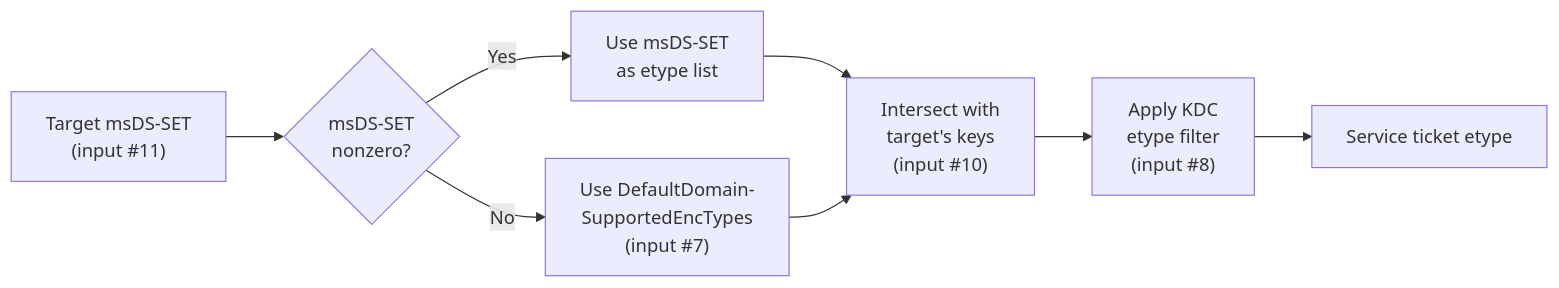
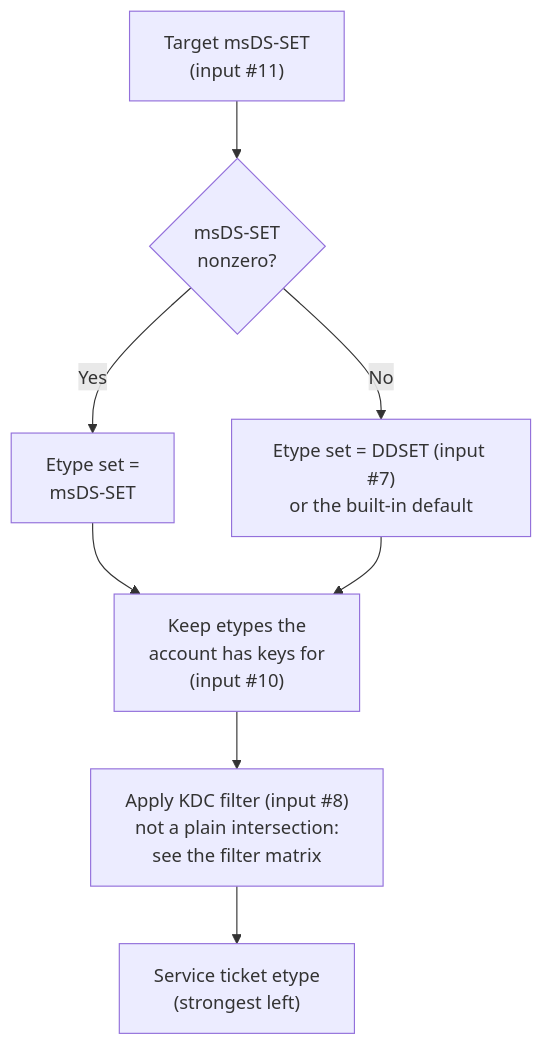
One commit to StrongWind1/Kerberos changed the second of 3 diagrams in content/security/etype-decision-guide.md. Above: the diagram before and after it, drawn with Mermaid. The commit also changed other lines of this file and 117 other files, not shown here.

````diff
--- a/content/security/etype-decision-guide.md
+++ b/content/security/etype-decision-guide.md
@@ -73,10 +107,10 @@
 ```mermaid
-flowchart LR
+flowchart TD
     A["Target msDS-SET<br/>(input #11)"] --> D{"msDS-SET<br/>nonzero?"}
-    D -->|Yes| E["Use msDS-SET<br/>as etype list"]
-    D -->|No| F["Use DefaultDomain-<br/>SupportedEncTypes<br/>(input #7)"]
-    E --> G["Intersect with<br/>target's keys<br/>(input #10)"]
+    D -->|Yes| E["Etype set =<br/>msDS-SET"]
+    D -->|No| F["Etype set = DDSET (input #7)<br/>or the built-in default"]
+    E --> G["Keep etypes the<br/>account has keys for<br/>(input #10)"]
     F --> G
-    G --> H["Apply KDC<br/>etype filter<br/>(input #8)"]
-    H --> T["Service ticket etype"]
+    G --> H["Apply KDC filter (input #8)<br/>not a plain intersection:<br/>see the filter matrix"]
+    H --> T["Service ticket etype<br/>(strongest left)"]
 ```
````
